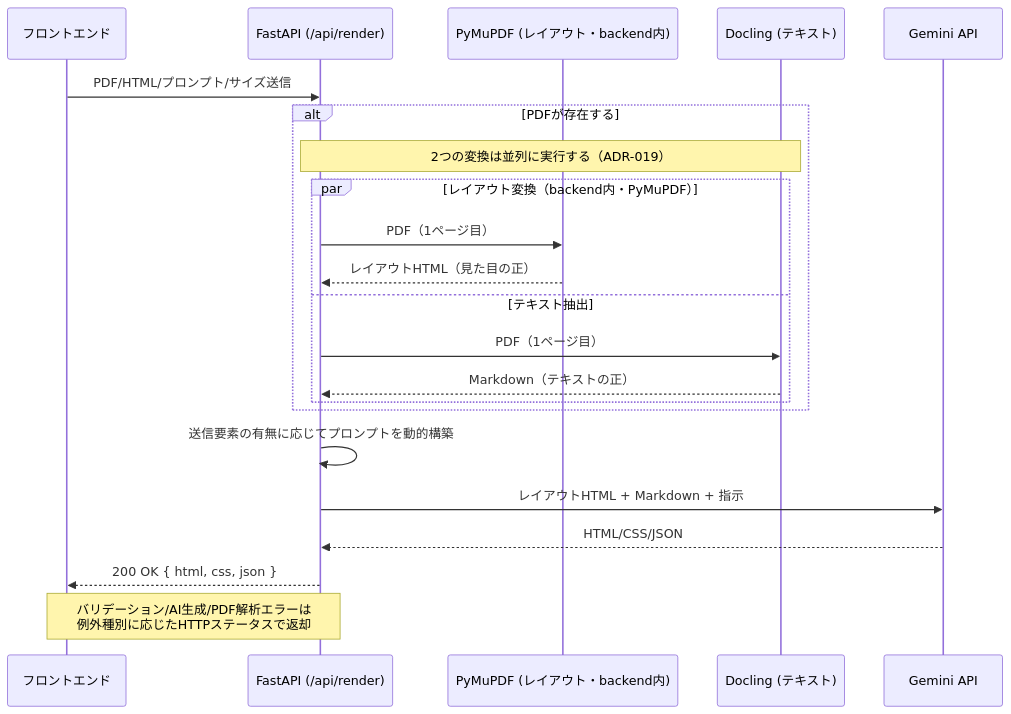
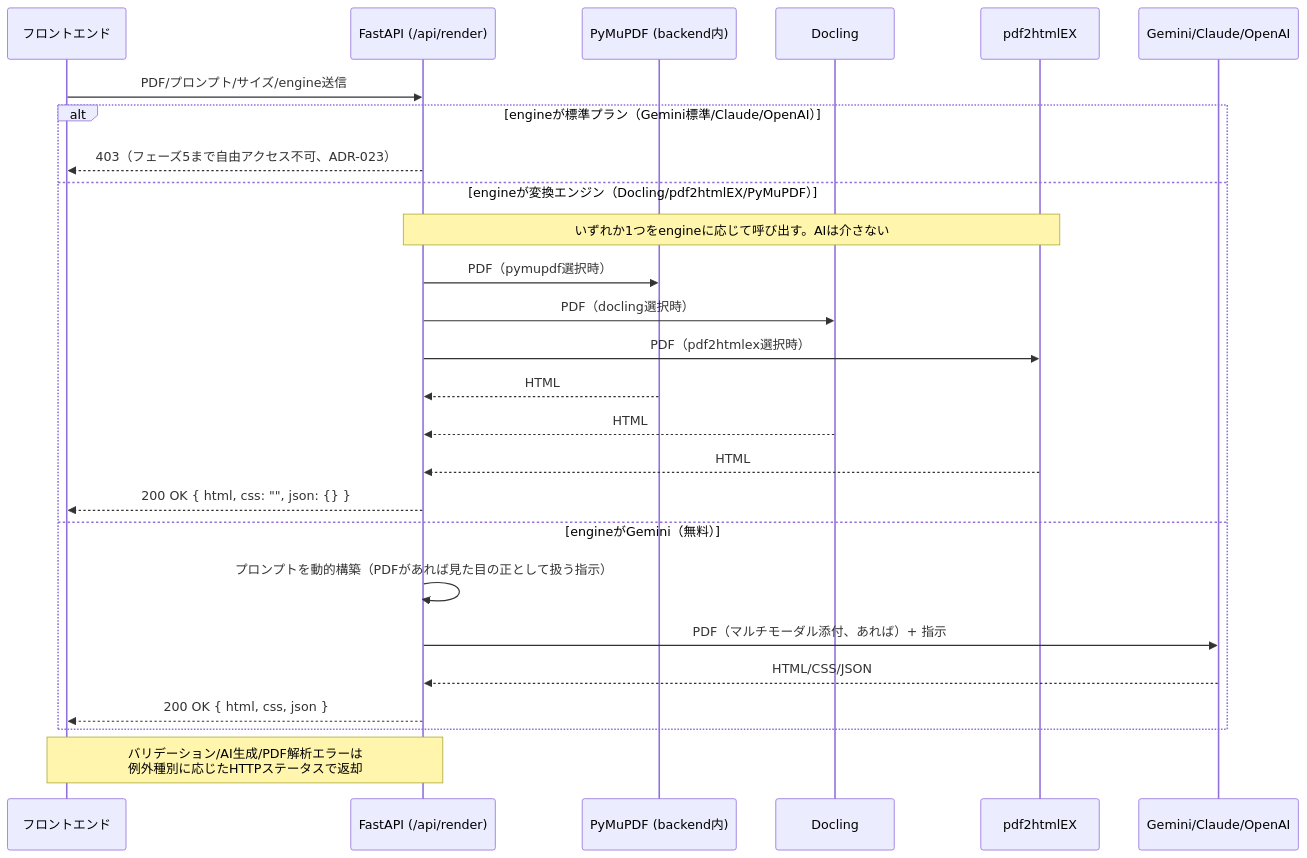
Before and after one commit to EisukeHishikawa/adapt-sheet: the second of 4 diagrams in docs/architecture.md, drawn with Mermaid. The commit also changed other lines of this file and 38 other files, not shown here.

````diff
--- a/docs/architecture.md
+++ b/docs/architecture.md
@@ -44,25 +52,29 @@
 ```mermaid
 sequenceDiagram
     participant FE as フロントエンド
     participant API as FastAPI (/api/render)
-    participant Layout as PyMuPDF (レイアウト・backend内)
-    participant Docling as Docling (テキスト)
-    participant Gemini as Gemini API
+    participant Layout as PyMuPDF (backend内)
+    participant Docling as Docling
+    participant Pdf2HtmlEx as pdf2htmlEX
+    participant AI as Gemini/Claude/OpenAI
 
-    FE->>API: PDF/HTML/プロンプト/サイズ送信
-    alt PDFが存在する
-        Note over API,Docling: 2つの変換は並列に実行する（ADR-019）
-        par レイアウト変換（backend内・PyMuPDF）
-            API->>Layout: PDF（1ページ目）
-            Layout-->>API: レイアウトHTML（見た目の正）
-        and テキスト抽出
-            API->>Docling: PDF（1ページ目）
-            Docling-->>API: Markdown（テキストの正）
-        end
+    FE->>API: PDF/プロンプト/サイズ/engine送信
+    alt engineが標準プラン（Gemini標準/Claude/OpenAI）
+        API-->>FE: 403（フェーズ5まで自由アクセス不可、ADR-023）
+    else engineが変換エンジン（Docling/pdf2htmlEX/PyMuPDF）
+        Note over API,Pdf2HtmlEx: いずれか1つをengineに応じて呼び出す。AIは介さない
+        API->>Layout: PDF（pymupdf選択時）
+        API->>Docling: PDF（docling選択時）
+        API->>Pdf2HtmlEx: PDF（pdf2htmlex選択時）
+        Layout-->>API: HTML
+        Docling-->>API: HTML
+        Pdf2HtmlEx-->>API: HTML
+        API-->>FE: 200 OK { html, css: "", json: {} }
+    else engineがGemini（無料）
+        API->>API: プロンプトを動的構築（PDFがあれば見た目の正として扱う指示）
+        API->>AI: PDF（マルチモーダル添付、あれば）+ 指示
+        AI-->>API: HTML/CSS/JSON
+        API-->>FE: 200 OK { html, css, json }
     end
-    API->>API: 送信要素の有無に応じてプロンプトを動的構築
-    API->>Gemini: レイアウトHTML + Markdown + 指示
-    Gemini-->>API: HTML/CSS/JSON
-    API-->>FE: 200 OK { html, css, json }
     Note over API,FE: バリデーション/AI生成/PDF解析エラーは<br/>例外種別に応じたHTTPステータスで返却
 ```
````
